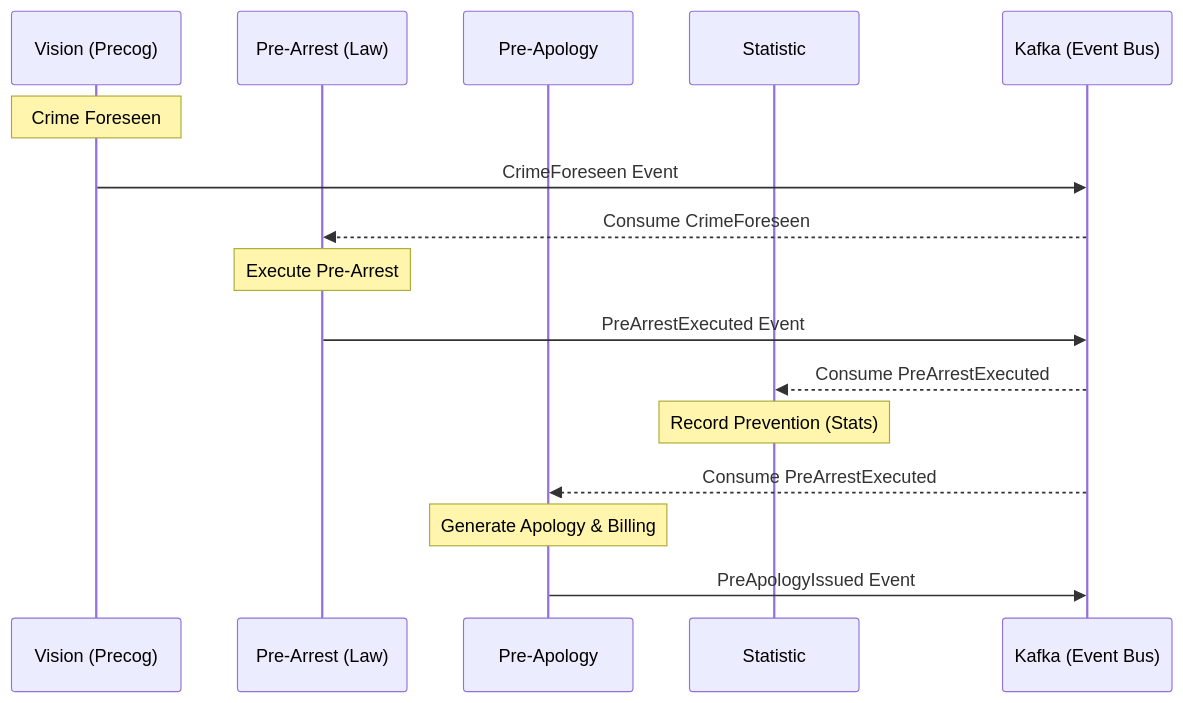
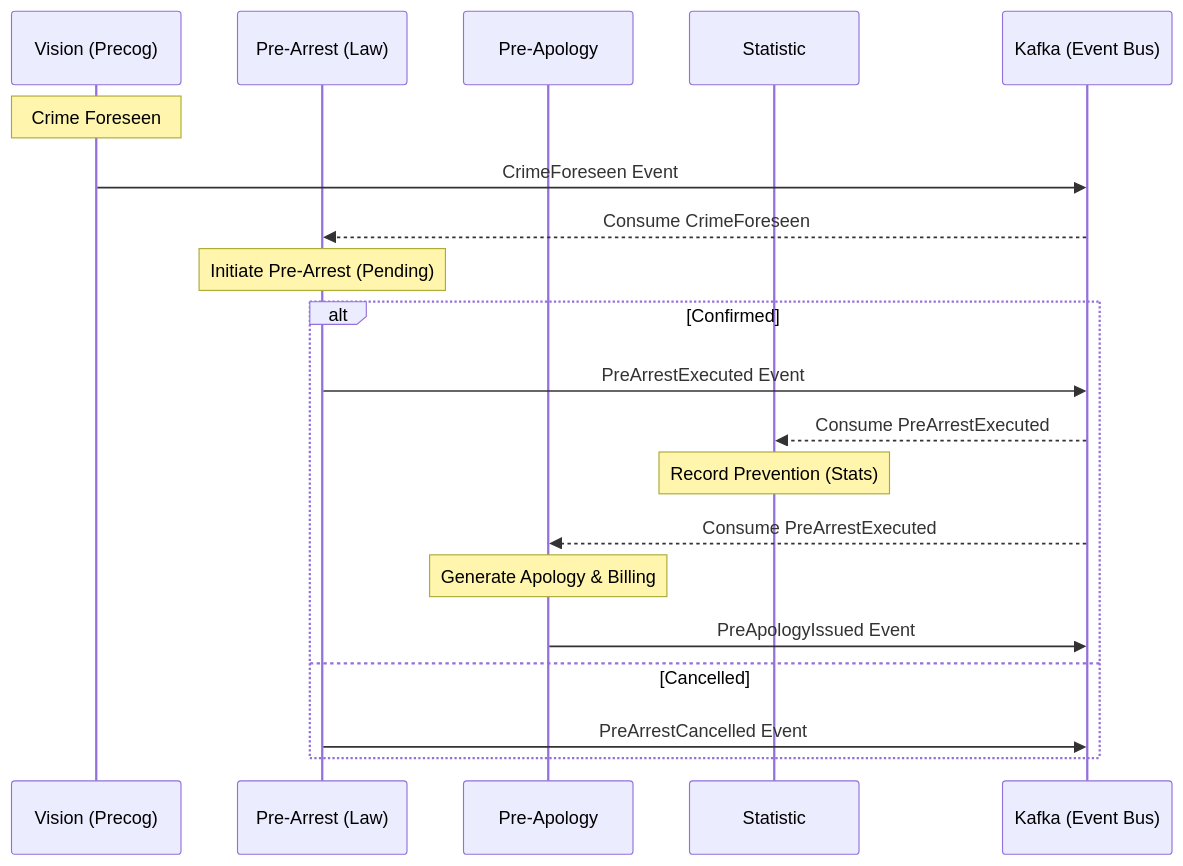
Before and after one commit to raphael74/pre-crime-app: the second of 2 diagrams in README.md, drawn with Mermaid. The commit also changed other lines of this file and 18 other files, not shown here.

Commit message:
add confirmation for pre arrest

````diff
--- a/README.md
+++ b/README.md
@@ -86,22 +87,25 @@
 ```mermaid
 sequenceDiagram
     participant P as Vision (Precog)
     participant L as Pre-Arrest (Law)
     participant A as Pre-Apology
     participant S as Statistic
     participant K as Kafka (Event Bus)
 
     Note over P: Crime Foreseen
     P->>K: CrimeForeseen Event
     
     K-->>L: Consume CrimeForeseen
-    Note over L: Execute Pre-Arrest
-    L->>K: PreArrestExecuted Event
-    
-    K-->>S: Consume PreArrestExecuted
+  Note over L: Initiate Pre-Arrest (Pending)
+
+  alt Confirmed
+    L ->> K: PreArrestExecuted Event
+    K -->> S: Consume PreArrestExecuted
     Note over S: Record Prevention (Stats)
-    
-    K-->>A: Consume PreArrestExecuted
+    K -->> A: Consume PreArrestExecuted
     Note over A: Generate Apology & Billing
-    A->>K: PreApologyIssued Event
+    A ->> K: PreApologyIssued Event
+  else Cancelled
+    L ->> K: PreArrestCancelled Event
+  end
 ```
````
